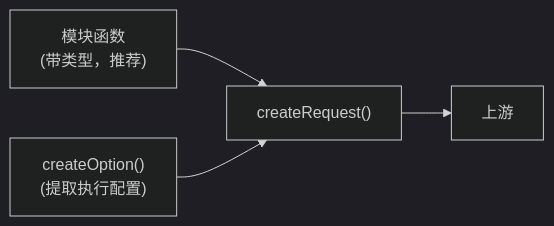
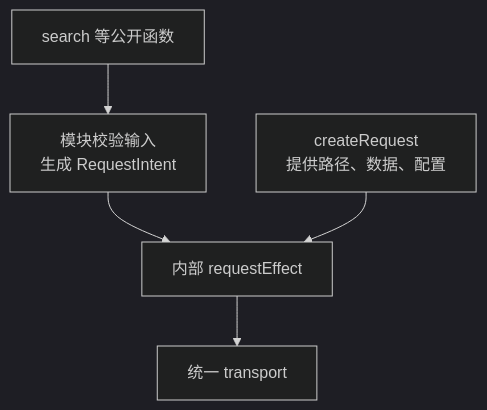
One commit to nonhana/hana-music-api changed the diagram in docs/guide/create-request-and-create-option.md. Above: the diagram before and after it, drawn with Mermaid (dark theme). The commit also changed other lines of this file and 1275 other files, not shown here.

````diff
--- a/docs/guide/create-request-and-create-option.md
+++ b/docs/guide/create-request-and-create-option.md
@@ -94,6 +31,7 @@
 ```mermaid
-flowchart LR
-  A["模块函数<br/>(带类型，推荐)"] --> C["createRequest()"]
-  B["createOption()<br/>(提取执行配置)"] --> C
-  C --> D["上游"]
+flowchart TD
+  SDK["search 等公开函数"] --> MODULE["模块校验输入<br/>生成 RequestIntent"]
+  MODULE --> CORE["内部 requestEffect"]
+  DIRECT["createRequest<br/>提供路径、数据、配置"] --> CORE
+  CORE --> TRANSPORT["统一 transport"]
 ```
````
